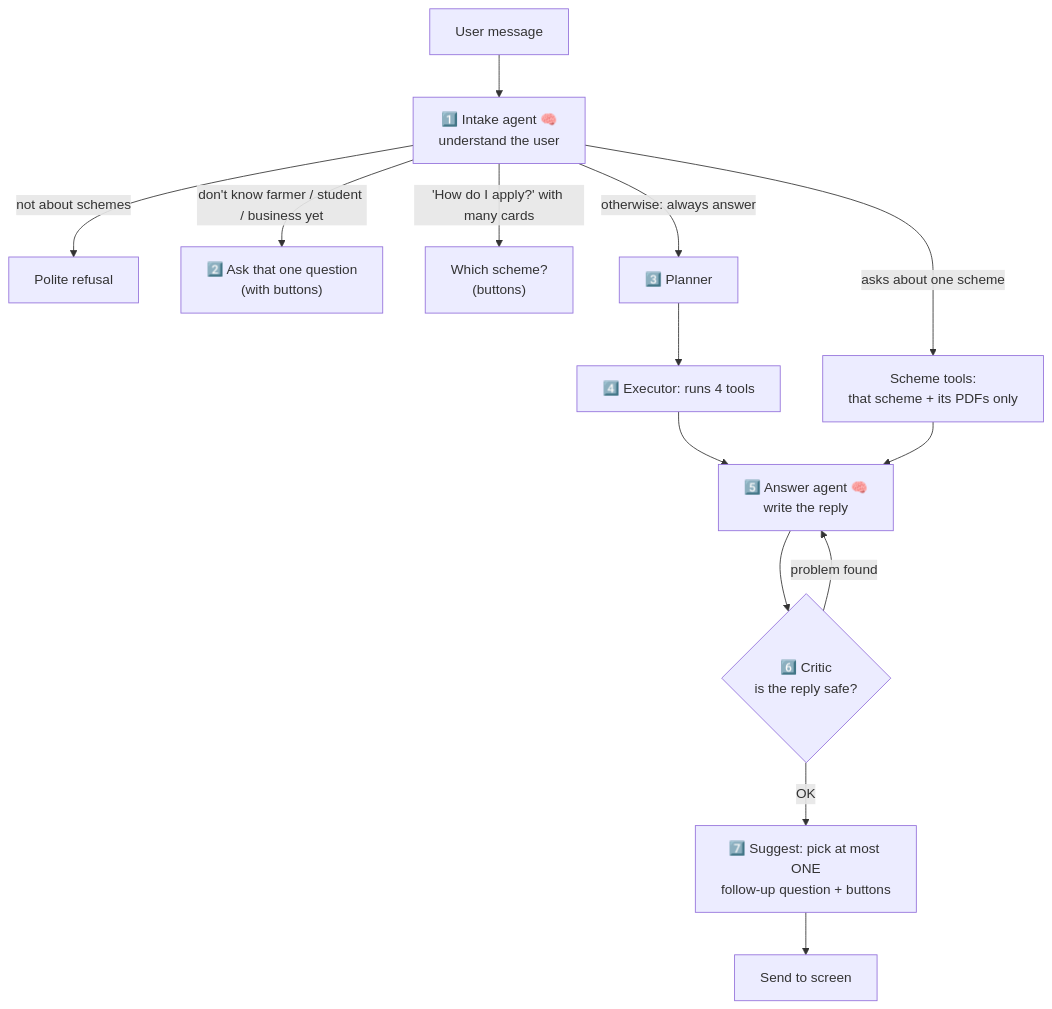
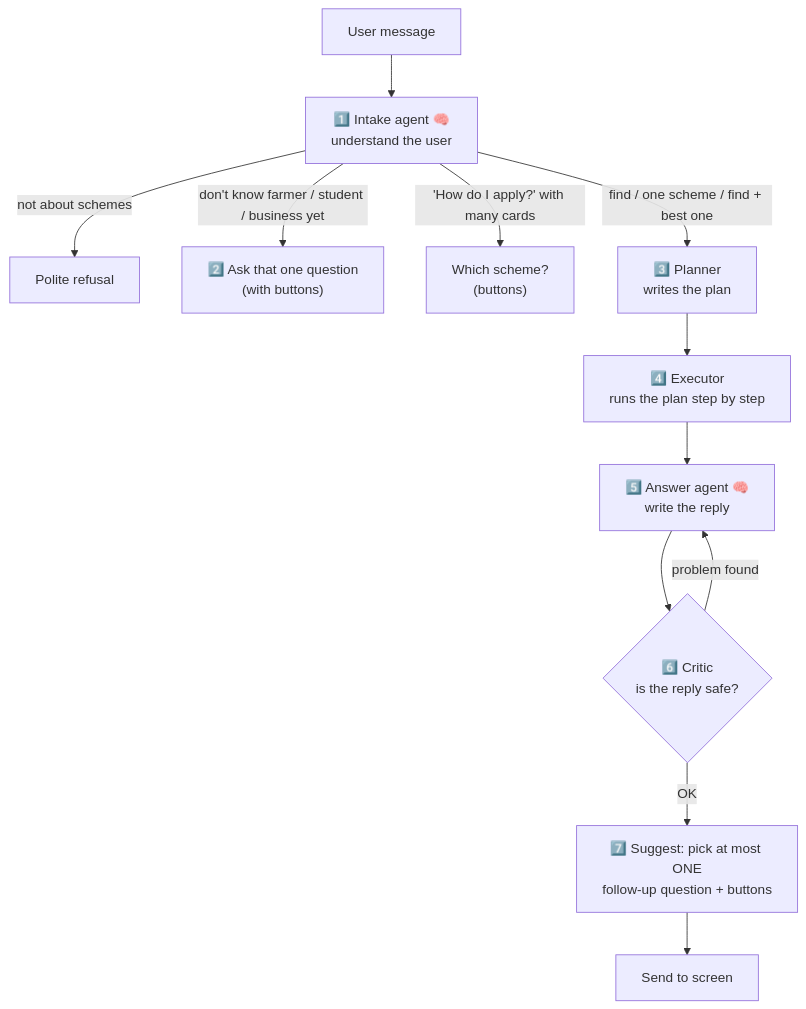
One commit to aakash-github/jansahayak changed the second of 4 diagrams in docs/HOW_IT_WORKS.md. Above: the diagram before and after it, drawn with Mermaid. The commit also changed other lines of this file and 26 other files, not shown here.

````diff
--- a/docs/HOW_IT_WORKS.md
+++ b/docs/HOW_IT_WORKS.md
@@ -59,16 +59,14 @@
 ```mermaid
 flowchart TD
   M["User message"] --> I["1️⃣ Intake agent 🧠<br/>understand the user"]
   I -->|"not about schemes"| R["Polite refusal"]
   I -->|"don't know farmer / student / business yet"| Q["2️⃣ Ask that one question<br/>(with buttons)"]
-  I -->|"asks about one scheme"| F["Scheme tools:<br/>that scheme + its PDFs only"]
   I -->|"'How do I apply?' with many cards"| WH["Which scheme?<br/>(buttons)"]
-  I -->|"otherwise: always answer"| P["3️⃣ Planner"]
-  P --> E["4️⃣ Executor: runs 4 tools"]
+  I -->|"find / one scheme / find + best one"| P["3️⃣ Planner<br/>writes the plan"]
+  P --> E["4️⃣ Executor<br/>runs the plan step by step"]
   E --> W["5️⃣ Answer agent 🧠<br/>write the reply"]
-  F --> W
   W --> C{"6️⃣ Critic<br/>is the reply safe?"}
   C -->|"problem found"| W
   C -->|"OK"| S["7️⃣ Suggest: pick at most ONE<br/>follow-up question + buttons"]
   S --> OUT["Send to screen"]
 ```
````
